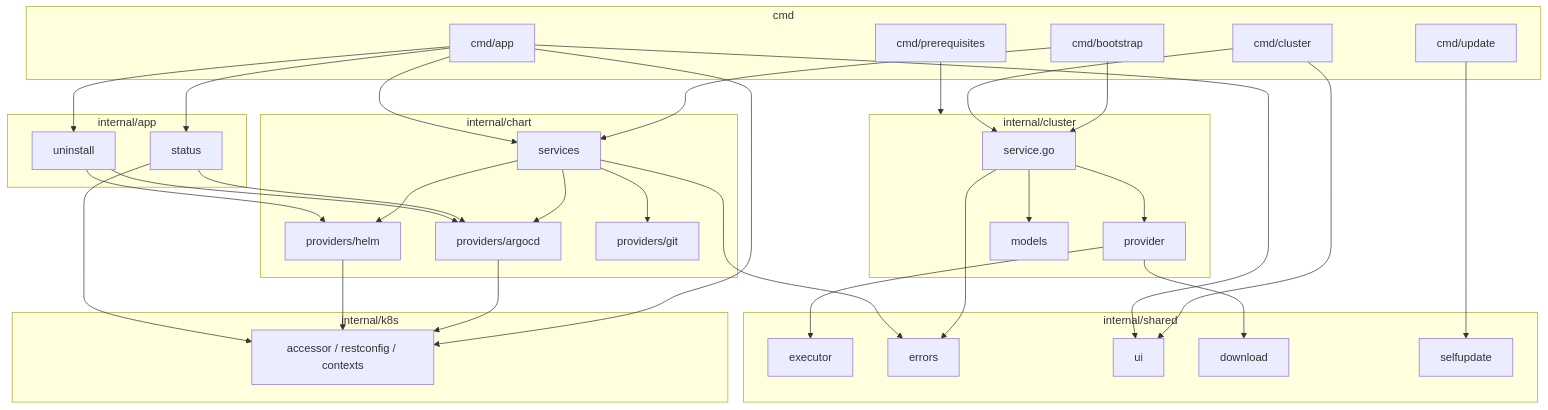
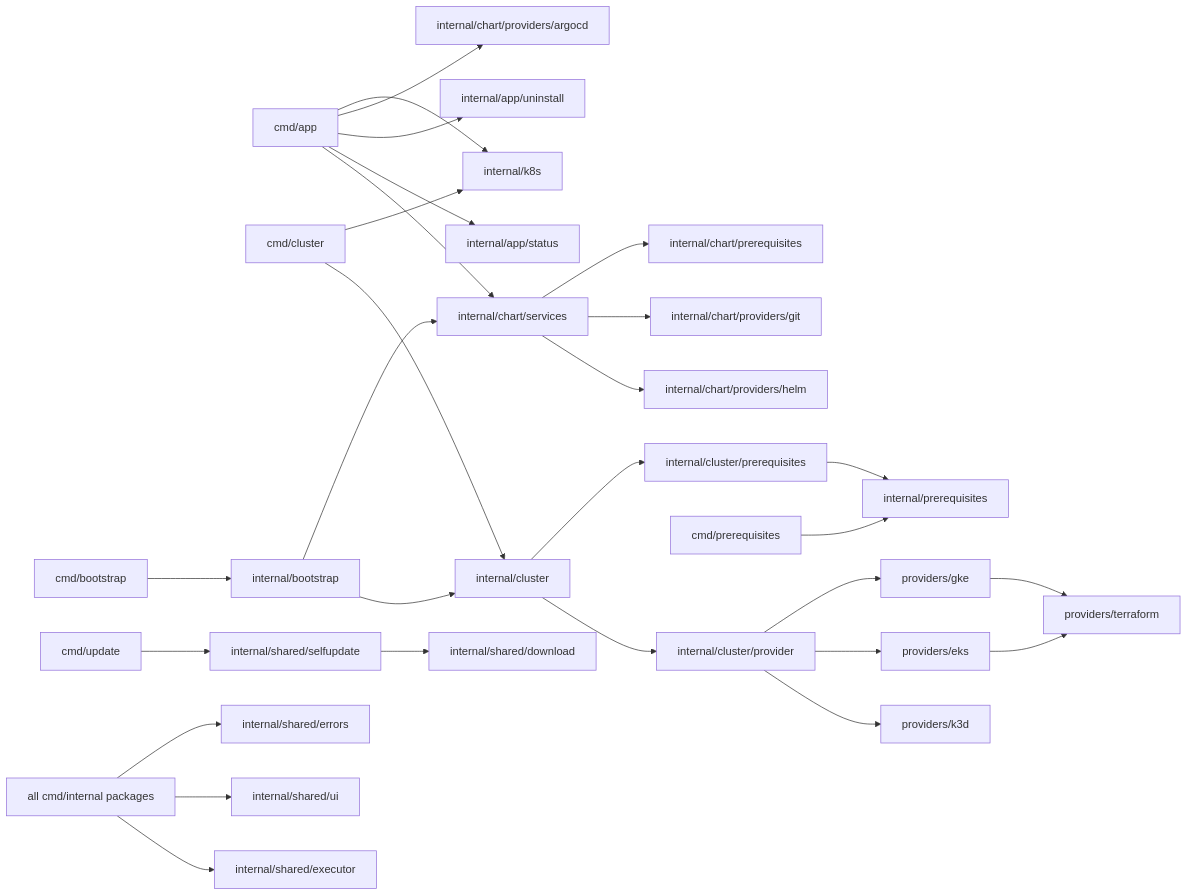
The second of 3 diagrams in docs/reference/architecture/overview.md (flamingo-stack/openframe-cli), drawn with Mermaid before and after one commit. The commit also changed other lines of this file and 27 other files, not shown here.

````diff
--- a/docs/reference/architecture/overview.md
+++ b/docs/reference/architecture/overview.md
@@ -112,71 +92,36 @@
 ```mermaid
-graph TB
-    subgraph cmd
-        CmdCluster[cmd/cluster]
-        CmdApp[cmd/app]
-        CmdBootstrap[cmd/bootstrap]
-        CmdPrereq[cmd/prerequisites]
-        CmdUpdate[cmd/update]
-    end
+graph LR
+    cmdApp["cmd/app"] --> chartServices["internal/chart/services"]
+    cmdApp --> appStatus["internal/app/status"]
+    cmdApp --> appUninstall["internal/app/uninstall"]
+    cmdApp --> argocdProvider["internal/chart/providers/argocd"]
 
-    subgraph internal_cluster["internal/cluster"]
-        ClusterService[service.go]
-        ClusterProvider[provider]
-        ClusterModels[models]
-    end
+    cmdCluster["cmd/cluster"] --> clusterPkg["internal/cluster"]
+    clusterPkg --> clusterProvider["internal/cluster/provider"]
+    clusterProvider --> k3dProv["providers/k3d"]
+    clusterProvider --> eksProv["providers/eks"]
+    clusterProvider --> gkeProv["providers/gke"]
+    eksProv --> terraformProv["providers/terraform"]
+    gkeProv --> terraformProv
 
-    subgraph internal_chart["internal/chart"]
-        ChartService[services]
-        ChartArgoCD[providers/argocd]
-        ChartHelm[providers/helm]
-        ChartGit[providers/git]
-    end
+    cmdBootstrap["cmd/bootstrap"] --> bootstrapSvc["internal/bootstrap"]
+    bootstrapSvc --> clusterPkg
+    bootstrapSvc --> chartServices
 
-    subgraph internal_app["internal/app"]
-        AppStatus[status]
-        AppUninstall[uninstall]
-    end
+    chartServices --> helmProvider["internal/chart/providers/helm"]
+    chartServices --> gitProvider["internal/chart/providers/git"]
+    chartServices --> chartPrereq["internal/chart/prerequisites"]
 
-    subgraph internal_shared["internal/shared"]
-        Executor[executor]
-        Errors[errors]
-        UI[ui]
-        Download[download]
-        SelfUpdate[selfupdate]
-    end
+    cmdPrereq["cmd/prerequisites"] --> prereqFw["internal/prerequisites"]
+    clusterPkg --> clusterPrereqSets["internal/cluster/prerequisites"]
+    clusterPrereqSets --> prereqFw
 
-    subgraph internal_k8s["internal/k8s"]
-        K8sAccess[accessor / restconfig / contexts]
-    end
+    cmdUpdate["cmd/update"] --> selfupdate["internal/shared/selfupdate"]
+    selfupdate --> download["internal/shared/download"]
 
-    CmdBootstrap --> ClusterService
-    CmdBootstrap --> ChartService
-    CmdCluster --> ClusterService
-    CmdApp --> ChartService
-    CmdApp --> AppStatus
-    CmdApp --> AppUninstall
-    CmdApp --> K8sAccess
-    CmdPrereq --> internal_cluster
-    CmdUpdate --> SelfUpdate
-
-    ClusterService --> ClusterProvider
-    ClusterService --> ClusterModels
-    ClusterProvider --> Executor
-
-    ChartService --> ChartArgoCD
-    ChartService --> ChartHelm
-    ChartService --> ChartGit
-    ChartArgoCD --> K8sAccess
-    ChartHelm --> K8sAccess
-
-    AppStatus --> ChartArgoCD
-    AppStatus --> K8sAccess
-    AppUninstall --> ChartArgoCD
-    AppUninstall --> ChartHelm
-
-    ClusterService --> Errors
-    ChartService --> Errors
-    CmdCluster --> UI
-    CmdApp --> UI
-    ClusterProvider --> Download
+    everything["all cmd/internal packages"] --> executor["internal/shared/executor"]
+    everything --> sharedUI["internal/shared/ui"]
+    everything --> sharedErrors["internal/shared/errors"]
+    cmdCluster --> k8sPkg["internal/k8s"]
+    cmdApp --> k8sPkg
 ```
````
